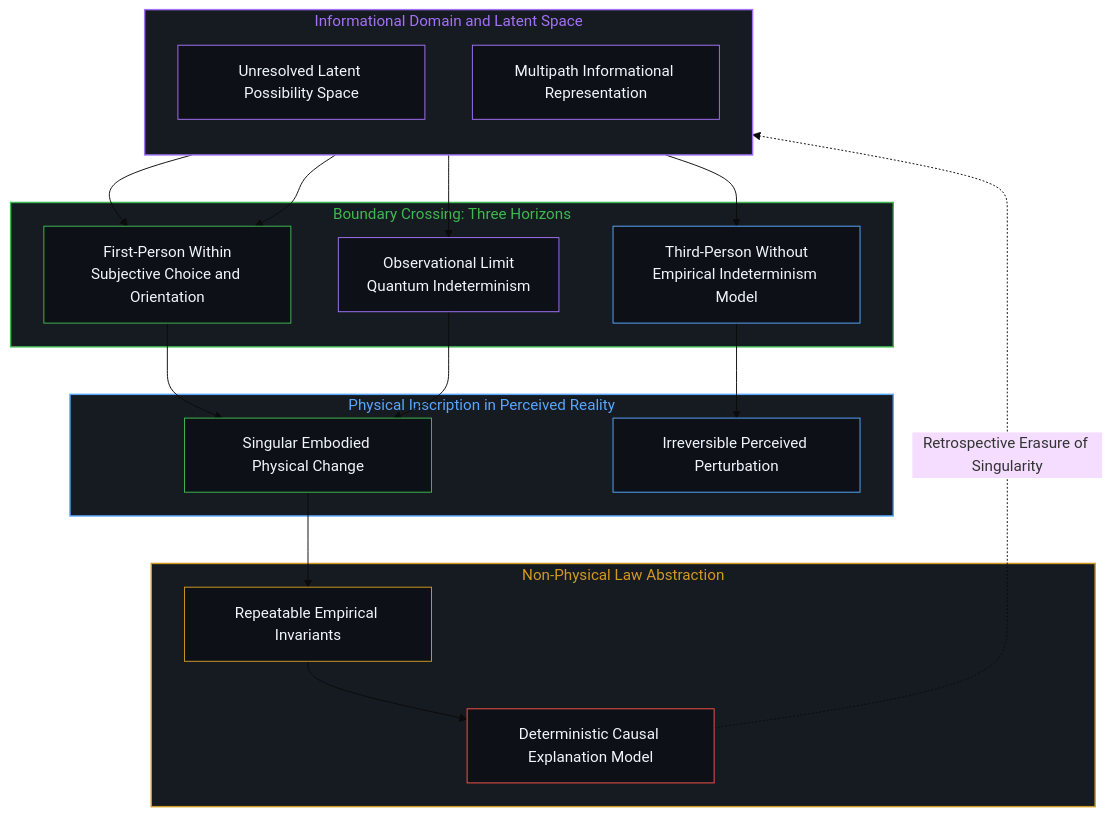
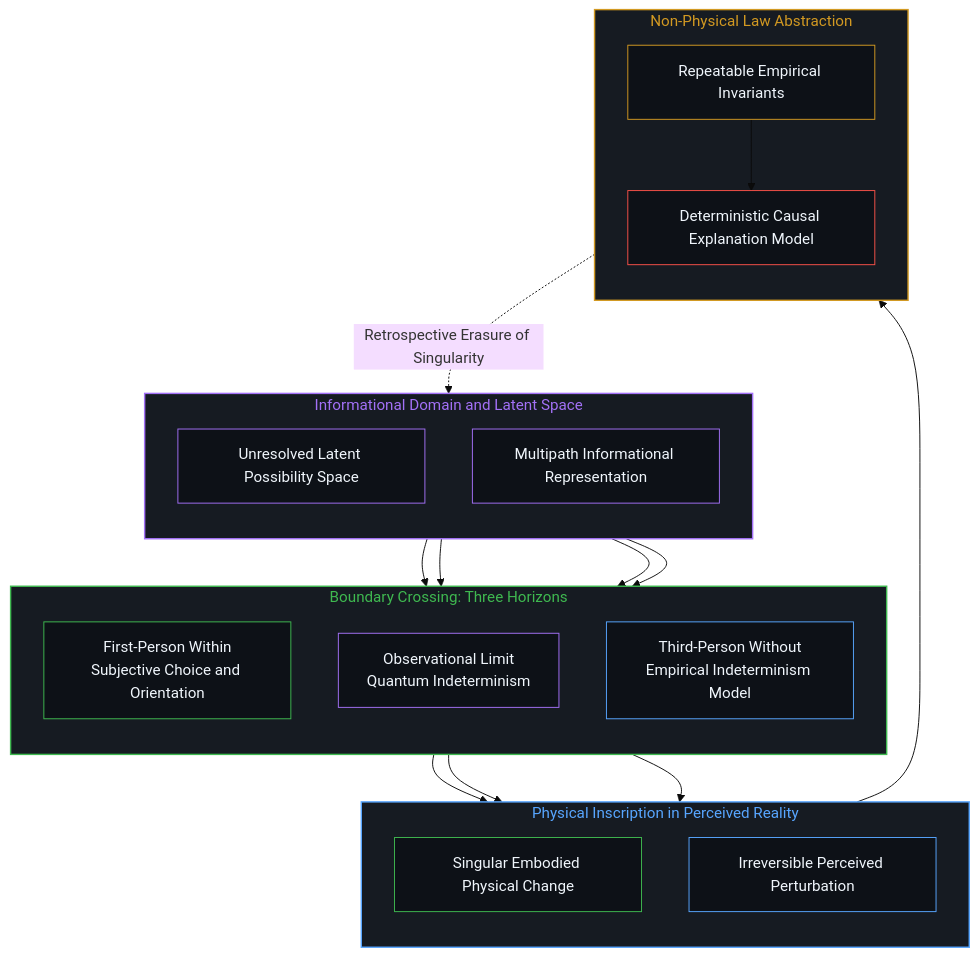
One commit to powerpig99/not-a-toe changed the second of 2 diagrams in content/posts/the-boundary-crossing-of-choice.md. Above: the diagram before and after it, drawn with Mermaid (base theme). The commit also changed other lines of this file and 2 other files, not shown here.

Commit message:
Fix Post #348: enforce bilingual paragraph layout and clean Mermaid syntax

````diff
--- a/content/posts/the-boundary-crossing-of-choice.md
+++ b/content/posts/the-boundary-crossing-of-choice.md
@@ -121,53 +105,55 @@
 ```mermaid
-flowchart TD
-    direction TB
-    subgraph S_INFO["Informational Domain and Latent Space"]
+graph TD
+    subgraph S_INFO ["Informational Domain and Latent Space"]
         direction TB
         I1["Unresolved Latent Possibility Space"]
         I2["Multipath Informational Representation"]
     end
 
-    subgraph S_INTERFACE["Boundary Crossing: Three Horizons"]
+    subgraph S_INTERFACE ["Boundary Crossing: Three Horizons"]
+        direction TB
         T_IN["First-Person Within<br/>Subjective Choice and Orientation"]
         T_LIMIT["Observational Limit<br/>Quantum Indeterminism"]
         T_OUT["Third-Person Without<br/>Empirical Indeterminism Model"]
     end
 
-    subgraph S_PHYS["Physical Inscription in Perceived Reality"]
+    subgraph S_PHYS ["Physical Inscription in Perceived Reality"]
+        direction TB
         P1["Singular Embodied Physical Change"]
         P2["Irreversible Perceived Perturbation"]
     end
 
-    subgraph S_ABSTRACT["Non-Physical Law Abstraction"]
+    subgraph S_ABSTRACT ["Non-Physical Law Abstraction"]
+        direction TB
         A1["Repeatable Empirical Invariants"]
         A2["Deterministic Causal Explanation Model"]
     end
 
     I1 --> T_IN
     I1 --> T_LIMIT
     I1 --> T_OUT
     I2 --> T_IN
 
     T_IN --> P1
     T_LIMIT --> P1
     T_OUT --> P2
 
     P1 --> A1
     A1 --> A2
     A2 -.->|"Retrospective Erasure of Singularity"| I1
 
     style S_INFO fill:#161b22,stroke:#a371f7,stroke-width:1.5px,color:#a371f7
     style S_INTERFACE fill:#161b22,stroke:#3fb950,stroke-width:1.5px,color:#3fb950
     style S_PHYS fill:#161b22,stroke:#58a6ff,stroke-width:1.5px,color:#58a6ff
     style S_ABSTRACT fill:#161b22,stroke:#d29922,stroke-width:1.5px,color:#d29922
 
     style I1 fill:#0d1117,stroke:#a371f7,stroke-width:1px,color:#f0f6fc
     style I2 fill:#0d1117,stroke:#a371f7,stroke-width:1px,color:#f0f6fc
     style T_IN fill:#0d1117,stroke:#3fb950,stroke-width:1px,color:#f0f6fc
     style T_LIMIT fill:#0d1117,stroke:#a371f7,stroke-width:1px,color:#f0f6fc
     style T_OUT fill:#0d1117,stroke:#58a6ff,stroke-width:1px,color:#f0f6fc
     style P1 fill:#0d1117,stroke:#3fb950,stroke-width:1px,color:#f0f6fc
     style P2 fill:#0d1117,stroke:#58a6ff,stroke-width:1px,color:#f0f6fc
     style A1 fill:#0d1117,stroke:#d29922,stroke-width:1px,color:#f0f6fc
     style A2 fill:#0d1117,stroke:#f85149,stroke-width:1px,color:#f0f6fc
 ```
````
